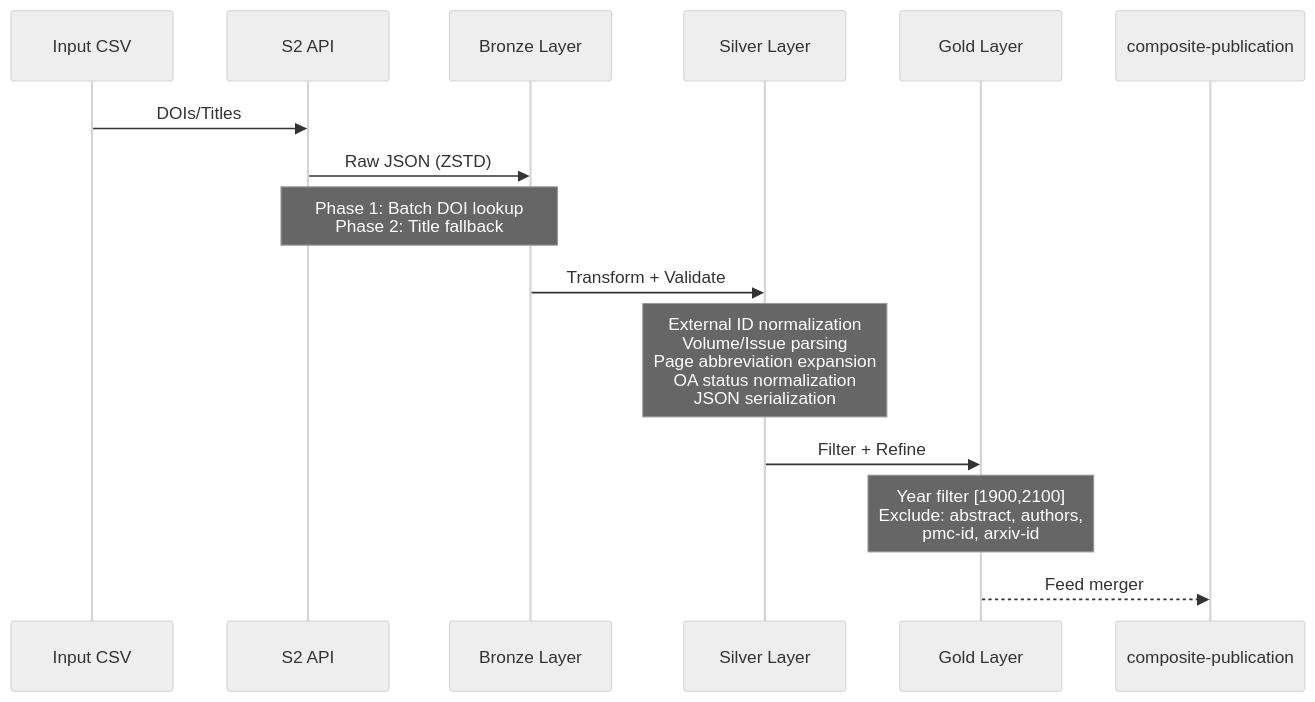
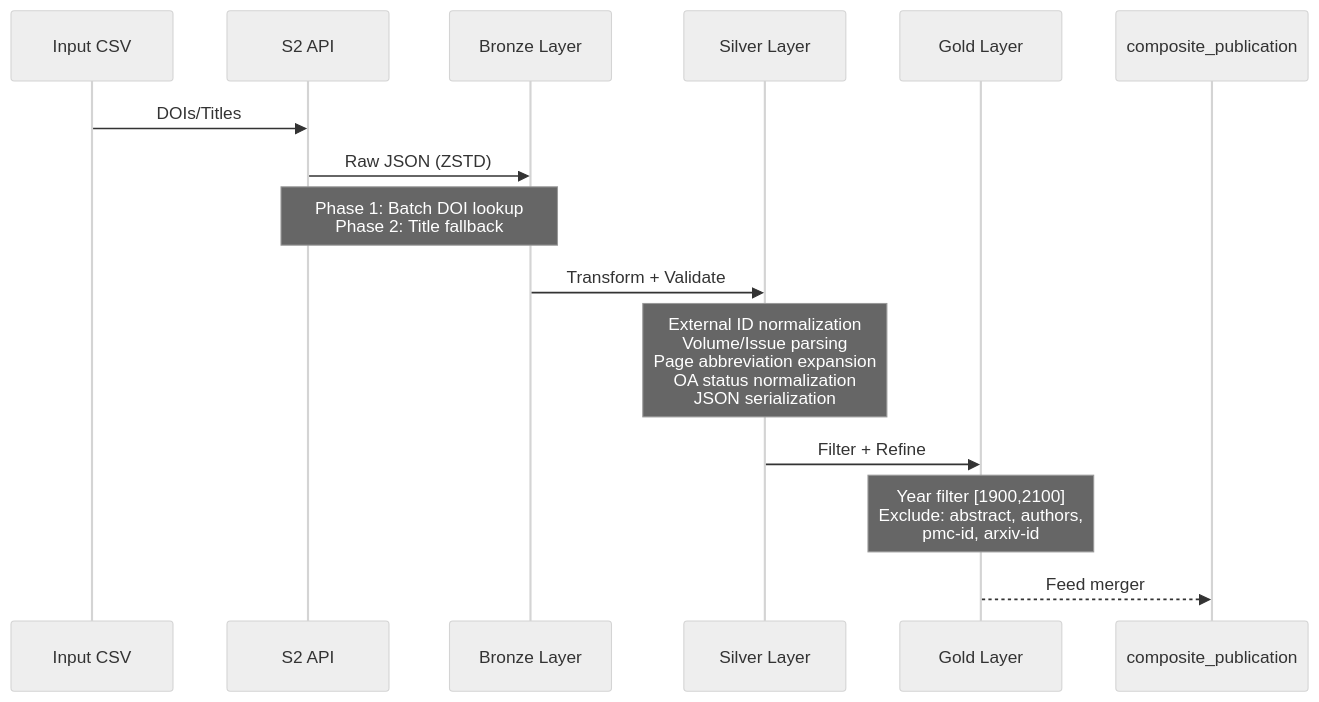
One commit to SatoryKono/BioactivityDataAcquisition changed the first of 2 diagrams in docs/04-reference/pipelines/semanticscholar-publication.md. Above: the diagram before and after it, drawn with Mermaid (neutral theme). The commit also changed other lines of this file and 87 other files, not shown here.

````diff
--- a/docs/04-reference/pipelines/semanticscholar-publication.md
+++ b/docs/04-reference/pipelines/semanticscholar-publication.md
@@ -517,18 +517,18 @@
 ```mermaid
 sequenceDiagram
     participant Input as Input CSV
     participant API as S2 API
     participant Bronze as Bronze Layer
     participant Silver as Silver Layer
     participant Gold as Gold Layer
-    participant Composite as composite-publication
+    participant Composite as composite_publication
 
     Input->>API: DOIs/Titles
     API->>Bronze: Raw JSON (ZSTD)
     Note over API,Bronze: Phase 1: Batch DOI lookup<br/>Phase 2: Title fallback
     Bronze->>Silver: Transform + Validate
     Note over Silver: External ID normalization<br/>Volume/Issue parsing<br/>Page abbreviation expansion<br/>OA status normalization<br/>JSON serialization
     Silver->>Gold: Filter + Refine
     Note over Gold: Year filter [1900,2100]<br/>Exclude: abstract, authors,<br/>pmc-id, arxiv-id
     Gold-->>Composite: Feed merger
 ```
````
